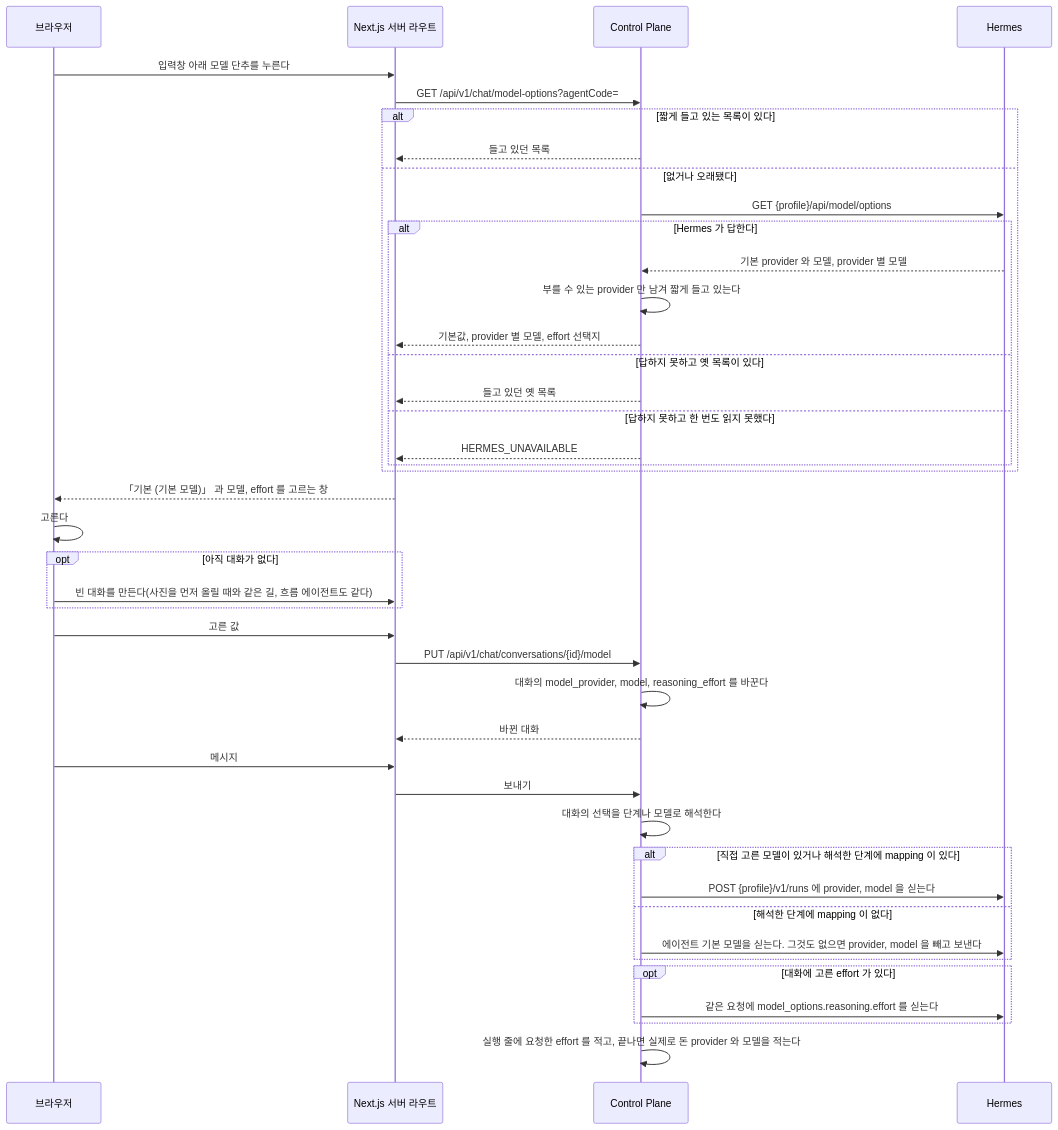
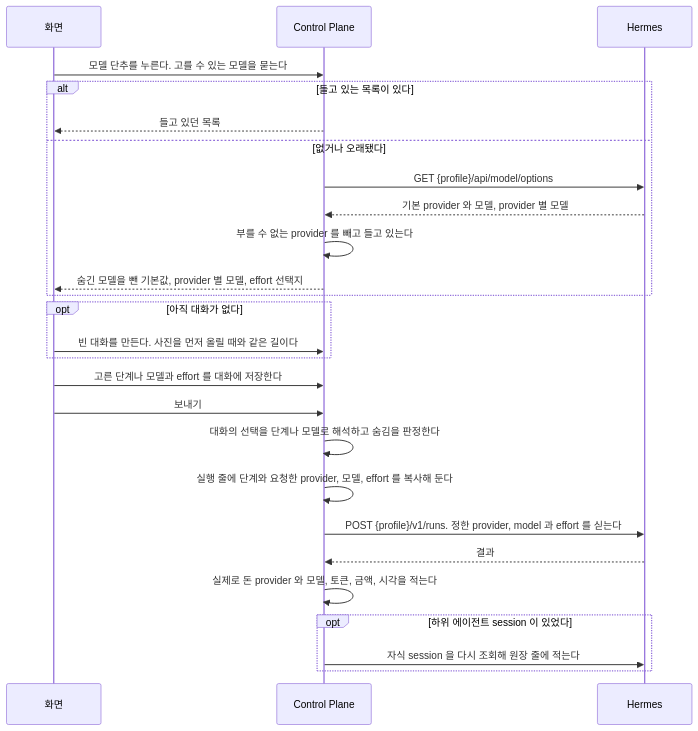
Before and after one commit to jon890/fos-assistant: the diagram in docs/features/model-usage.md, drawn with Mermaid. The commit also changed other lines of this file and 3 other files, not shown here.

````diff
--- a/docs/features/model-usage.md
+++ b/docs/features/model-usage.md
@@ -64,45 +22,29 @@
 ```mermaid
 sequenceDiagram
-    participant B as 브라우저
-    participant W as Next.js 서버 라우트
+    participant W as 화면
     participant C as Control Plane
     participant H as Hermes
 
-    B->>W: 입력창 아래 모델 단추를 누른다
-    W->>C: GET /api/v1/chat/model-options?agentCode=
-    alt 짧게 들고 있는 목록이 있다
+    W->>C: 모델 단추를 누른다. 고를 수 있는 모델을 묻는다
+    alt 들고 있는 목록이 있다
         C-->>W: 들고 있던 목록
     else 없거나 오래됐다
         C->>H: GET {profile}/api/model/options
-        alt Hermes 가 답한다
-            H-->>C: 기본 provider 와 모델, provider 별 모델
-            C->>C: 부를 수 있는 provider 만 남겨 짧게 들고 있는다
-            C-->>W: 기본값, provider 별 모델, effort 선택지
-        else 답하지 못하고 옛 목록이 있다
-            C-->>W: 들고 있던 옛 목록
-        else 답하지 못하고 한 번도 읽지 못했다
-            C-->>W: HERMES_UNAVAILABLE
-        end
+        H-->>C: 기본 provider 와 모델, provider 별 모델
+        C->>C: 부를 수 없는 provider 를 빼고 들고 있는다
+        C-->>W: 숨긴 모델을 뺀 기본값, provider 별 모델, effort 선택지
     end
-    W-->>B: 「기본 (기본 모델)」 과 모델, effort 를 고르는 창
-    B->>B: 고른다
     opt 아직 대화가 없다
-        B->>W: 빈 대화를 만든다(사진을 먼저 올릴 때와 같은 길, 흐름 에이전트도 같다)
+        W->>C: 빈 대화를 만든다. 사진을 먼저 올릴 때와 같은 길이다
     end
-    B->>W: 고른 값
-    W->>C: PUT /api/v1/chat/conversations/{id}/model
-    C->>C: 대화의 model_provider, model, reasoning_effort 를 바꾼다
-    C-->>W: 바뀐 대화
-    B->>W: 메시지
+    W->>C: 고른 단계나 모델과 effort 를 대화에 저장한다
     W->>C: 보내기
-    C->>C: 대화의 선택을 단계나 모델로 해석한다
-    alt 직접 고른 모델이 있거나 해석한 단계에 mapping 이 있다
-        C->>H: POST {profile}/v1/runs 에 provider, model 을 싣는다
-    else 해석한 단계에 mapping 이 없다
-        C->>H: 에이전트 기본 모델을 싣는다. 그것도 없으면 provider, model 을 빼고 보낸다
+    C->>C: 대화의 선택을 단계나 모델로 해석하고 숨김을 판정한다
+    C->>C: 실행 줄에 단계와 요청한 provider, 모델, effort 를 복사해 둔다
+    C->>H: POST {profile}/v1/runs. 정한 provider, model 과 effort 를 싣는다
+    H-->>C: 결과
+    C->>C: 실제로 돈 provider 와 모델, 토큰, 금액, 시각을 적는다
+    opt 하위 에이전트 session 이 있었다
+        C->>H: 자식 session 을 다시 조회해 원장 줄에 적는다
     end
-    opt 대화에 고른 effort 가 있다
-        C->>H: 같은 요청에 model_options.reasoning.effort 를 싣는다
-    end
-    C->>C: 실행 줄에 요청한 effort 를 적고, 끝나면 실제로 돈 provider 와 모델을 적는다
 ```
````
